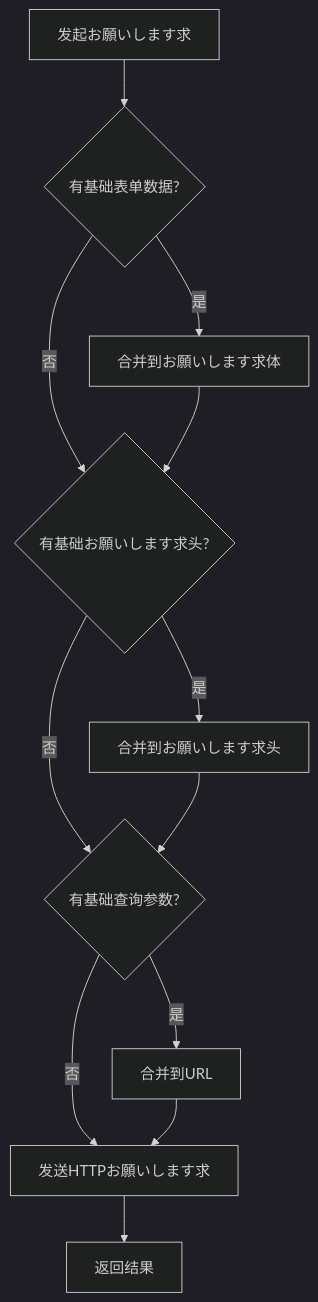
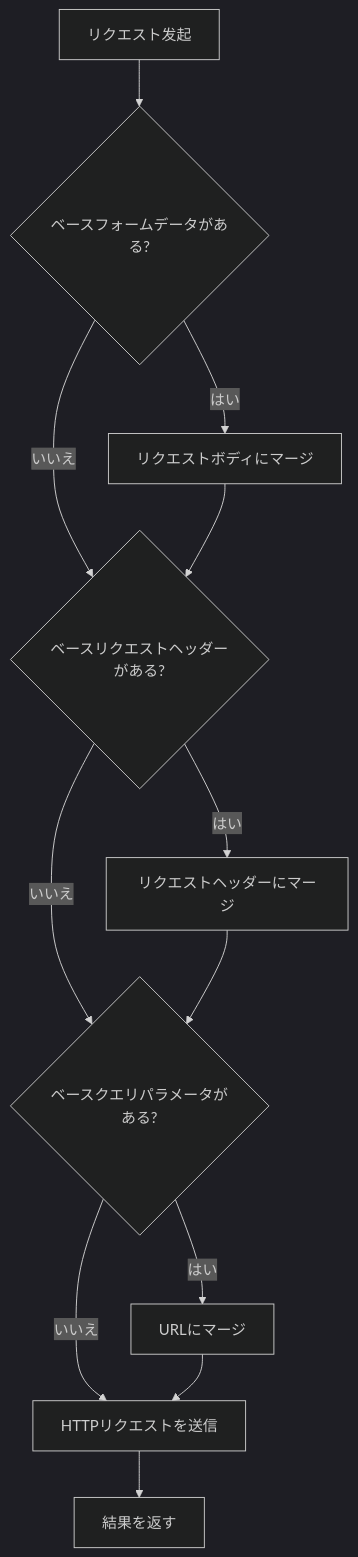
One commit to AlianBlank/GameFrameX.Docs changed the third of 3 diagrams in docs/ja/client/unity/component/web/08.web-component.md. Above: the diagram before and after it, drawn with Mermaid (dark theme). The commit also changed other lines of this file and 320 other files, not shown here.

````diff
--- a/docs/ja/client/unity/component/web/08.web-component.md
+++ b/docs/ja/client/unity/component/web/08.web-component.md
@@ -164,18 +164,18 @@
 ```mermaid
 flowchart TD
-    Start[发起お願いします求] --> CheckForm{有基础表单数据?}
-    CheckForm -->|是| MergeForm[合并到お願いします求体]
-    CheckForm -->|否| CheckHeader
+    Start[リクエスト发起] --> CheckForm{ベースフォームデータがある?}
+    CheckForm -->|はい| MergeForm[リクエストボディにマージ]
+    CheckForm -->|いいえ| CheckHeader
     
-    MergeForm --> CheckHeader{有基础お願いします求头?}
-    CheckHeader -->|是| MergeHeader[合并到お願いします求头]
-    CheckHeader -->|否| CheckQuery
+    MergeForm --> CheckHeader{ベースリクエストヘッダーがある?}
+    CheckHeader -->|はい| MergeHeader[リクエストヘッダーにマージ]
+    CheckHeader -->|いいえ| CheckQuery
     
-    MergeHeader --> CheckQuery{有基础查询参数?}
-    CheckQuery -->|是| MergeQuery[合并到URL]
-    CheckQuery -->|否| Send[发送HTTPお願いします求]
+    MergeHeader --> CheckQuery{ベースクエリパラメータがある?}
+    CheckQuery -->|はい| MergeQuery[URLにマージ]
+    CheckQuery -->|いいえ| Send[HTTPリクエストを送信]
     
     MergeQuery --> Send
     
-    Send --> Result[返回结果]
+    Send --> Result[結果を返す]
 ```
````
